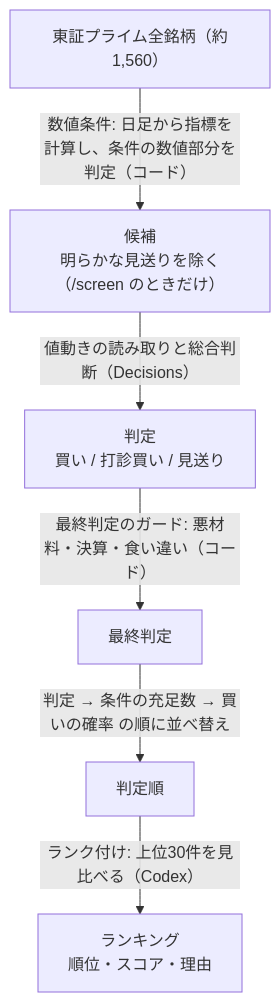
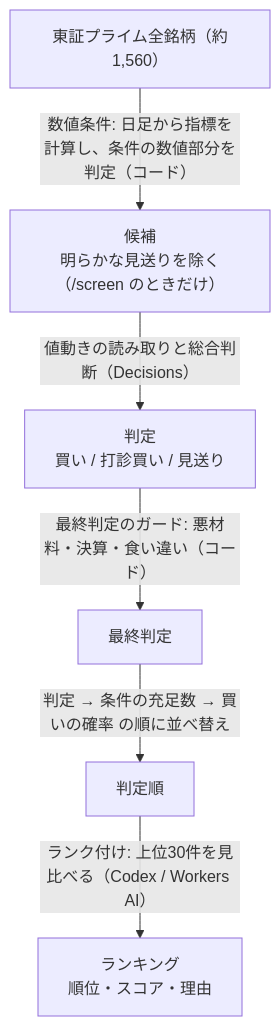
Before and after one commit to hukusuke1007/stock-analyzer: the diagram in DESIGN.md, drawn with Mermaid. The commit also changed other lines of this file and 128 other files, not shown here.

````diff
--- a/DESIGN.md
+++ b/DESIGN.md
@@ -12,8 +12,8 @@
 ```mermaid
 flowchart TD
     A["東証プライム全銘柄（約1,560）"] -->|"数値条件: 日足から指標を計算し、条件の数値部分を判定（コード）"| B["候補<br/>明らかな見送りを除く（/screen のときだけ）"]
     B -->|"値動きの読み取りと総合判断（Decisions）"| C["判定<br/>買い / 打診買い / 見送り"]
     C -->|"最終判定のガード: 悪材料・決算・食い違い（コード）"| D["最終判定"]
     D -->|"判定 → 条件の充足数 → 買いの確率 の順に並べ替え"| E["判定順"]
-    E -->|"ランク付け: 上位30件を見比べる（Codex）"| F["ランキング<br/>順位・スコア・理由"]
+    E -->|"ランク付け: 上位30件を見比べる（Codex / Workers AI）"| F["ランキング<br/>順位・スコア・理由"]
 ```
````
